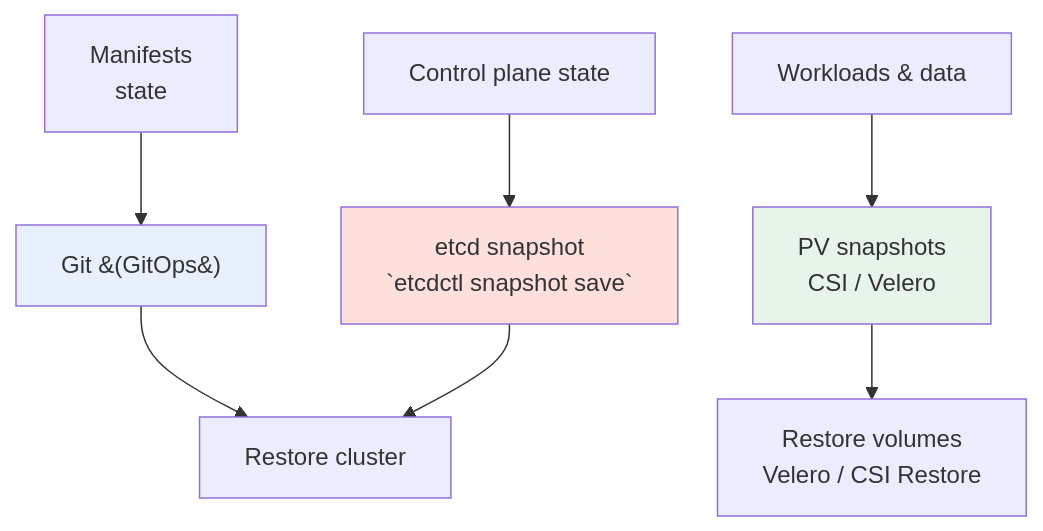
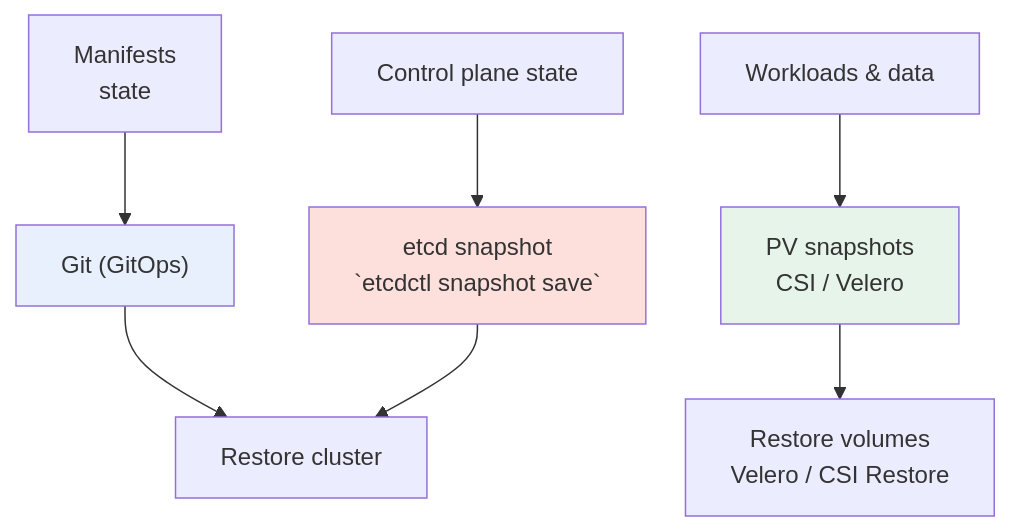
One commit to WhoisMonesh/K8S-Everything changed the diagram in 08-cluster-operations/backup-disaster-recovery.md. Above: the diagram before and after it, drawn with Mermaid. The commit also changed 15 other files, not shown here.

First line of the commit message:
Fix Mermaid parentheses syntax - use quoted labels

````diff
--- a/08-cluster-operations/backup-disaster-recovery.md
+++ b/08-cluster-operations/backup-disaster-recovery.md
@@ -7,12 +7,12 @@
 ```mermaid
 graph TD
     CP[Control plane state] --> ET[etcd snapshot<br/>`etcdctl snapshot save`]
     W[Workloads &amp; data] --> PV[PV snapshots<br/>CSI / Velero]
-    M[Manifests<br/>state] --> GIT[Git &#40;GitOps&#41;]
+    M[Manifests<br/>state] --> GIT["Git (GitOps)"]
     GIT --> Restore1[Restore cluster]
     ET --> Restore1
     PV --> Restore2[Restore volumes<br/>Velero / CSI Restore]
     style ET fill:#fde0dc
     style PV fill:#e6f4ea
     style GIT fill:#e8f0fe
 ```
````
